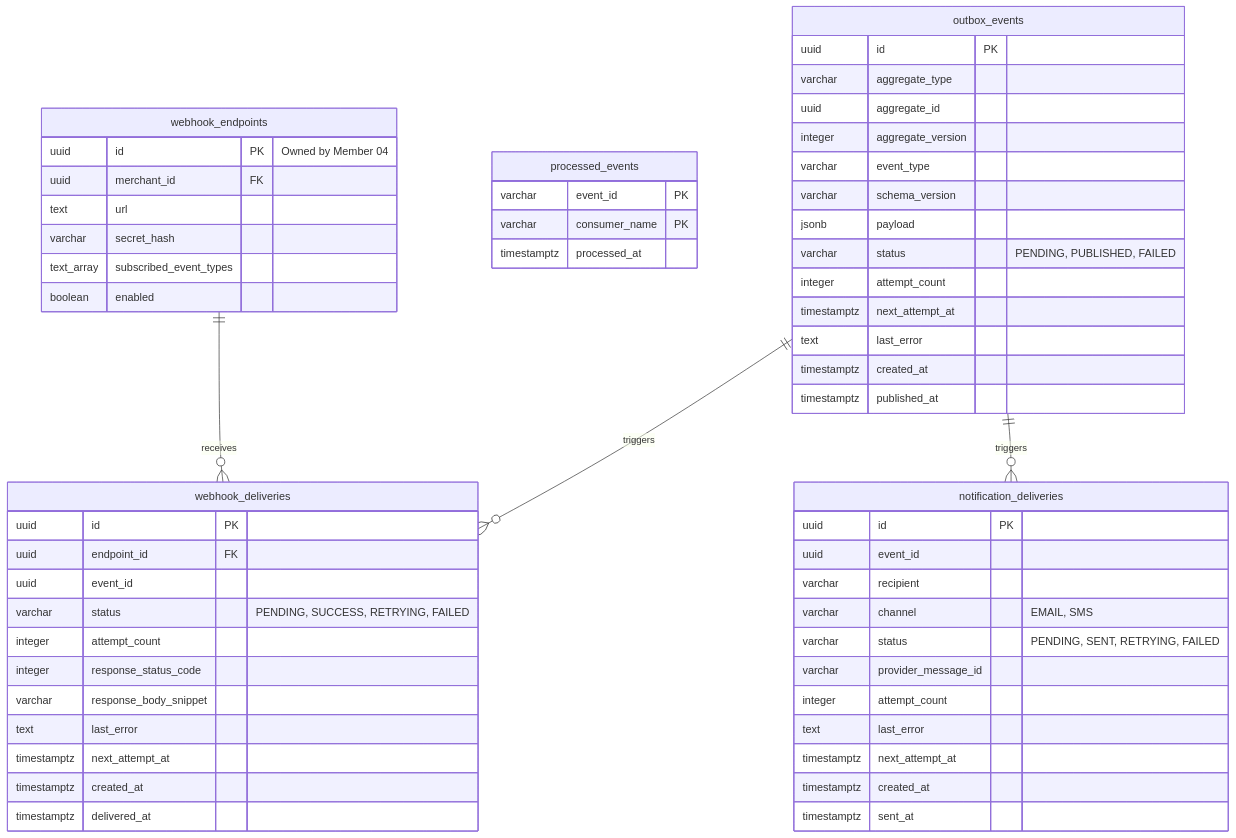
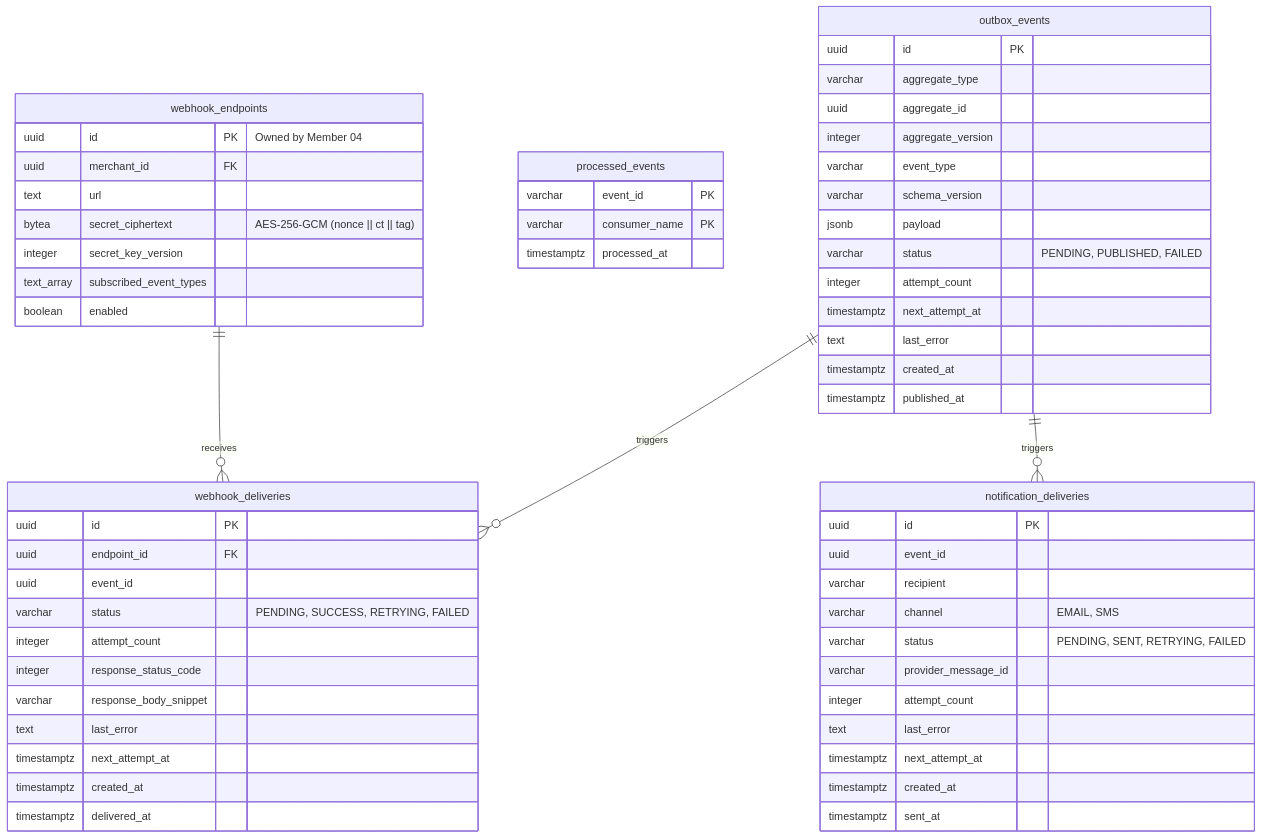
Before and after one commit to phantomTroupeEAD/SwiftDrop: the diagram in docs/drafts/member-08-events-messaging/doc-05-data-and-persistence.md, drawn with Mermaid. The commit also changed other lines of this file and 7 other files, not shown here.

````diff
--- a/docs/drafts/member-08-events-messaging/doc-05-data-and-persistence.md
+++ b/docs/drafts/member-08-events-messaging/doc-05-data-and-persistence.md
@@ -19,65 +19,66 @@
 ```mermaid
 erDiagram
     outbox_events {
         uuid id PK
         varchar aggregate_type
         uuid aggregate_id
         integer aggregate_version
         varchar event_type
         varchar schema_version
         jsonb payload
         varchar status "PENDING, PUBLISHED, FAILED"
         integer attempt_count
         timestamptz next_attempt_at
         text last_error
         timestamptz created_at
         timestamptz published_at
     }
 
     processed_events {
         varchar event_id PK
         varchar consumer_name PK
         timestamptz processed_at
     }
 
     notification_deliveries {
         uuid id PK
         uuid event_id
         varchar recipient
         varchar channel "EMAIL, SMS"
         varchar status "PENDING, SENT, RETRYING, FAILED"
         varchar provider_message_id
         integer attempt_count
         text last_error
         timestamptz next_attempt_at
         timestamptz created_at
         timestamptz sent_at
     }
 
     webhook_endpoints {
         uuid id PK "Owned by Member 04"
         uuid merchant_id FK
         text url
-        varchar secret_hash
+        bytea secret_ciphertext "AES-256-GCM (nonce || ct || tag)"
+        integer secret_key_version
         text_array subscribed_event_types
         boolean enabled
     }
 
     webhook_deliveries {
         uuid id PK
         uuid endpoint_id FK
         uuid event_id
         varchar status "PENDING, SUCCESS, RETRYING, FAILED"
         integer attempt_count
         integer response_status_code
         varchar response_body_snippet
         text last_error
         timestamptz next_attempt_at
         timestamptz created_at
         timestamptz delivered_at
     }
 
     webhook_endpoints ||--o{ webhook_deliveries : "receives"
     outbox_events ||--o{ webhook_deliveries : "triggers"
     outbox_events ||--o{ notification_deliveries : "triggers"
 ```
````
